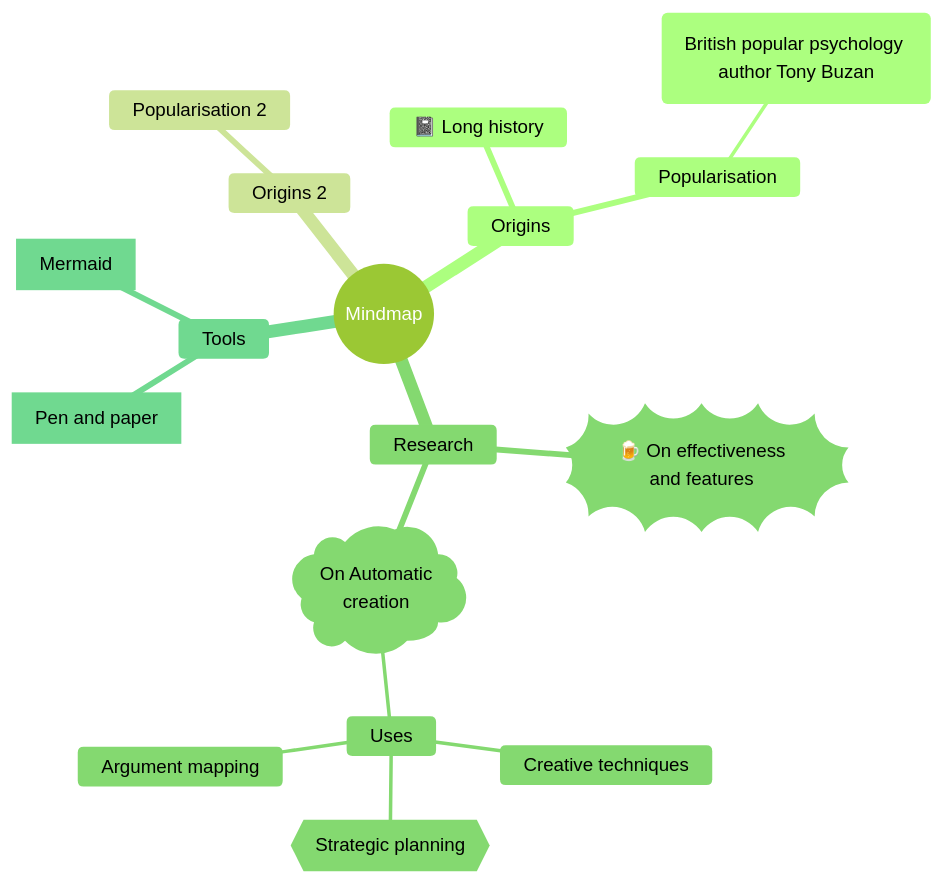
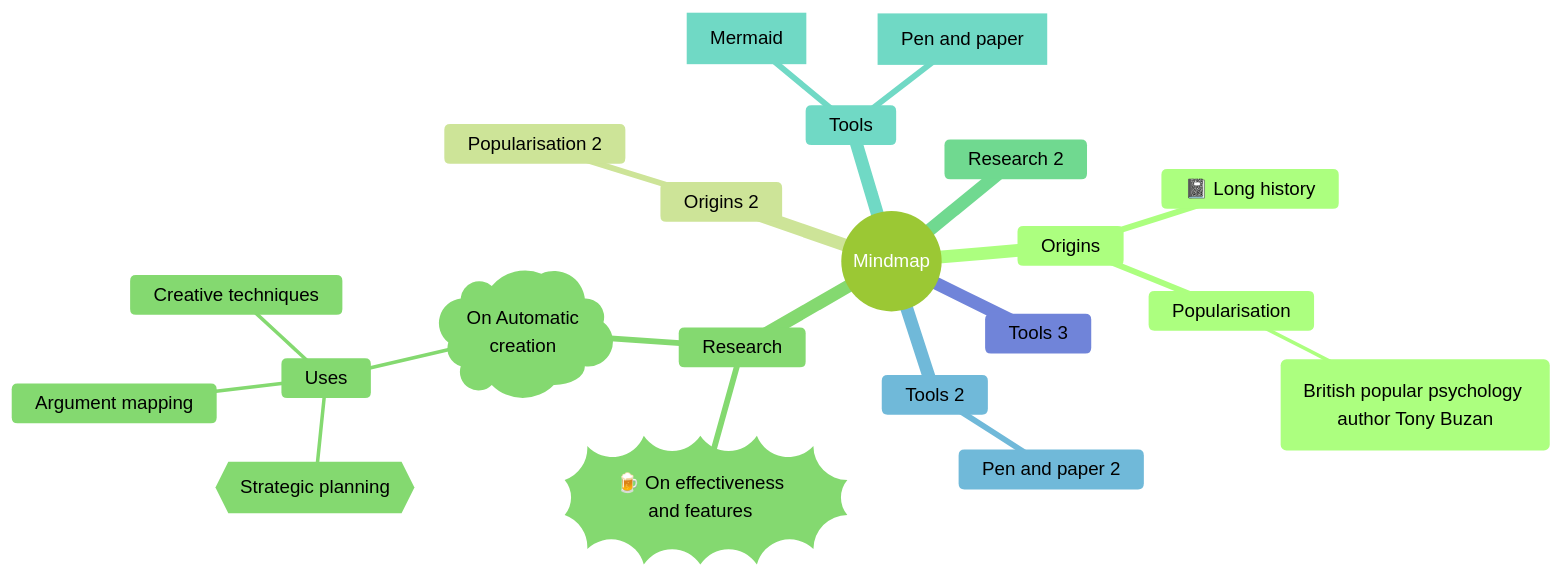
The fifth of 6 diagrams in released/samples/guide2.md (MadMaxChow/VLOOK), drawn with Mermaid (forest theme) before and after one commit. The commit also changed other lines of this file and 273 other files, not shown here.

````diff
--- a/released/samples/guide2.md
+++ b/released/samples/guide2.md
@@ -2276,20 +2285,24 @@
 ```mermaid
 mindmap
   root((Mindmap))
     Origins
       📓 Long history
       Popularisation
         (British popular psychology author Tony Buzan)
     Origins 2
       Popularisation 2
     Research
       ))🍺 On effectiveness<br>and features((
       )On Automatic<br>creation(
         Uses
             Creative techniques
             {{Strategic planning}}
             Argument mapping
+    Research 2
     Tools
       [Pen and paper]
       [Mermaid]
+    Tools 2
+      Pen and paper 2
+    Tools 3
 ```
````
